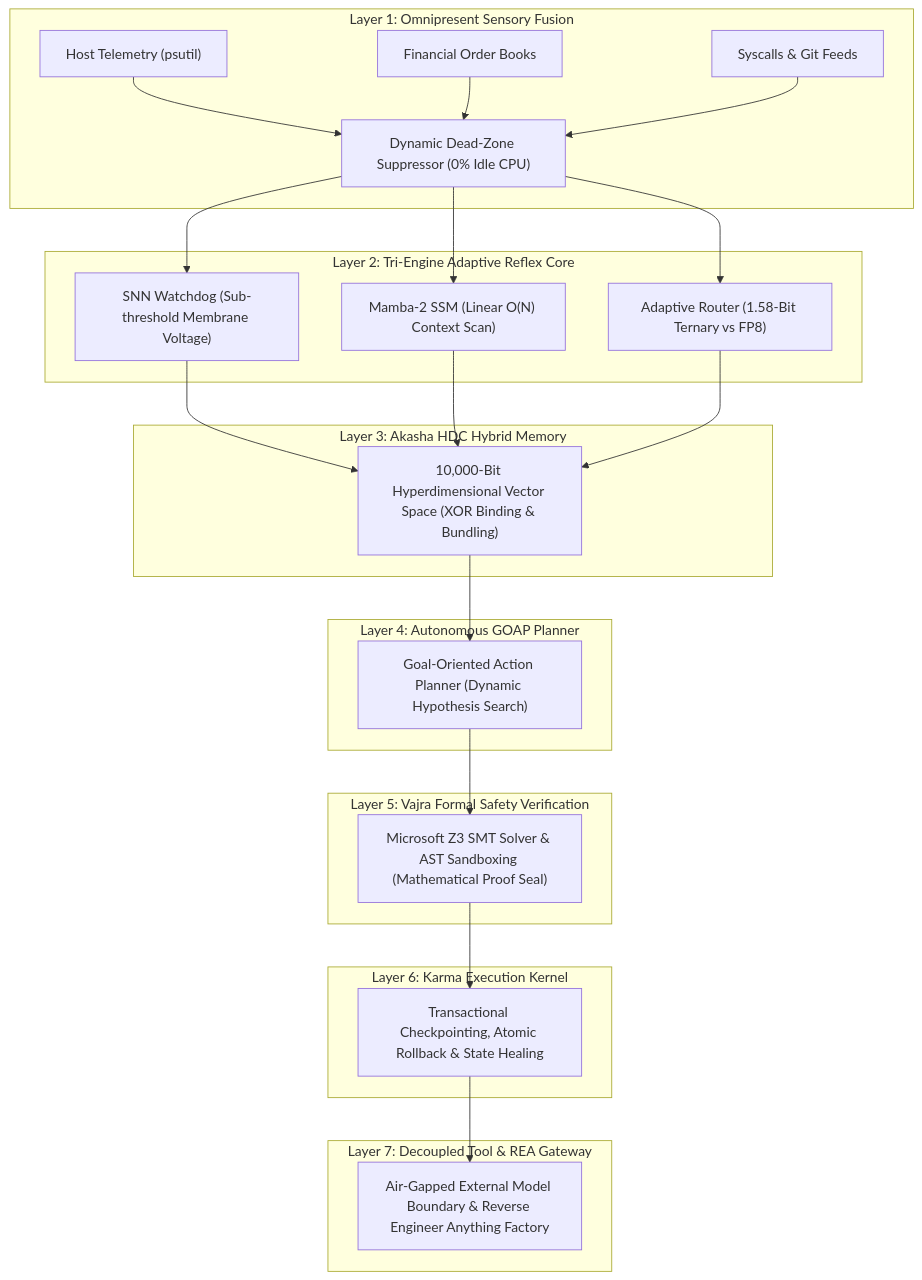
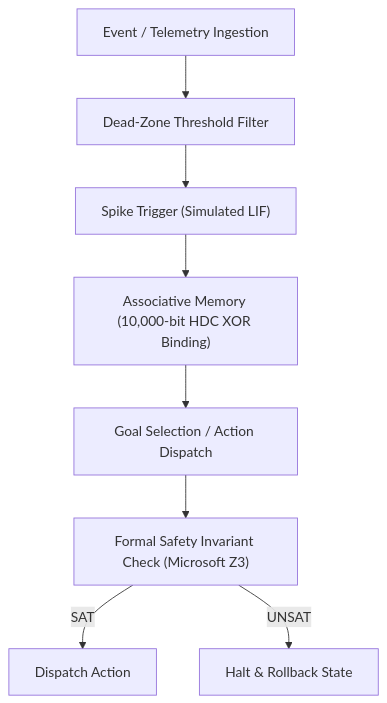
Before and after one commit to mohammad949495-byte/Veda-OS: the diagram in README.md, drawn with Mermaid. The commit also changed other lines of this file, not shown here.

````diff
--- a/README.md
+++ b/README.md
@@ -20,32 +30,10 @@
 ```mermaid
 flowchart TD
-    subgraph LAYER_1["Layer 1: Omnipresent Sensory Fusion"]
-        A1["Host Telemetry (psutil)"] & A2["Financial Order Books"] & A3["Syscalls & Git Feeds"] --> B["Dynamic Dead-Zone Suppressor (0% Idle CPU)"]
-    end
-
-    subgraph LAYER_2["Layer 2: Tri-Engine Adaptive Reflex Core"]
-        B --> C1["SNN Watchdog (Sub-threshold Membrane Voltage)"]
-        B --> C2["Mamba-2 SSM (Linear O(N) Context Scan)"]
-        B --> C3["Adaptive Router (1.58-Bit Ternary vs FP8)"]
-    end
-
-    subgraph LAYER_3["Layer 3: Akasha HDC Hybrid Memory"]
-        C1 & C2 & C3 --> D["10,000-Bit Hyperdimensional Vector Space (XOR Binding & Bundling)"]
-    end
-
-    subgraph LAYER_4["Layer 4: Autonomous GOAP Planner"]
-        D --> E["Goal-Oriented Action Planner (Dynamic Hypothesis Search)"]
-    end
-
-    subgraph LAYER_5["Layer 5: Vajra Formal Safety Verification"]
-        E --> F["Microsoft Z3 SMT Solver & AST Sandboxing (Mathematical Proof Seal)"]
-    end
-
-    subgraph LAYER_6["Layer 6: Karma Execution Kernel"]
-        F --> G["Transactional Checkpointing, Atomic Rollback & State Healing"]
-    end
-
-    subgraph LAYER_7["Layer 7: Decoupled Tool & REA Gateway"]
-        G --> H["Air-Gapped External Model Boundary & Reverse Engineer Anything Factory"]
-    end
+    A["Event / Telemetry Ingestion"] --> B["Dead-Zone Threshold Filter"]
+    B --> C["Spike Trigger (Simulated LIF)"]
+    C --> D["Associative Memory (10,000-bit HDC XOR Binding)"]
+    D --> E["Goal Selection / Action Dispatch"]
+    E --> F["Formal Safety Invariant Check (Microsoft Z3)"]
+    F -->|SAT| G["Dispatch Action"]
+    F -->|UNSAT| H["Halt & Rollback State"]
 ```
````
